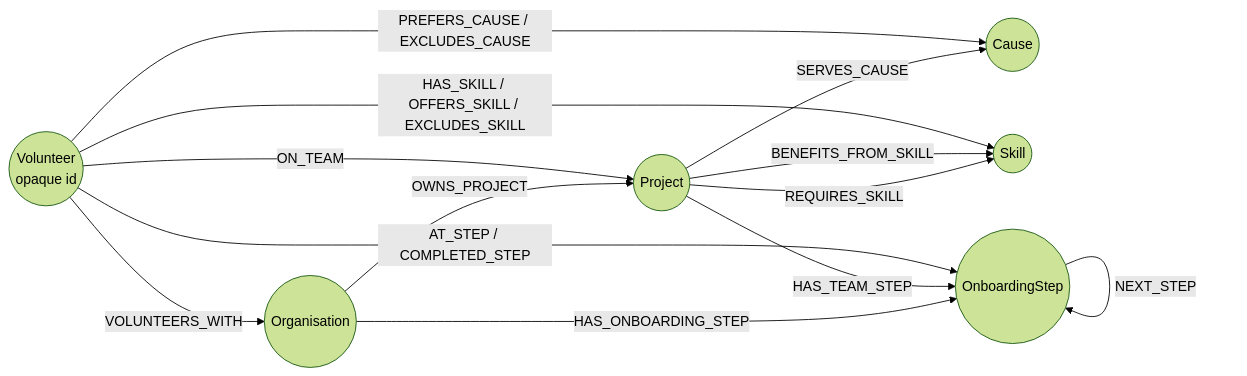
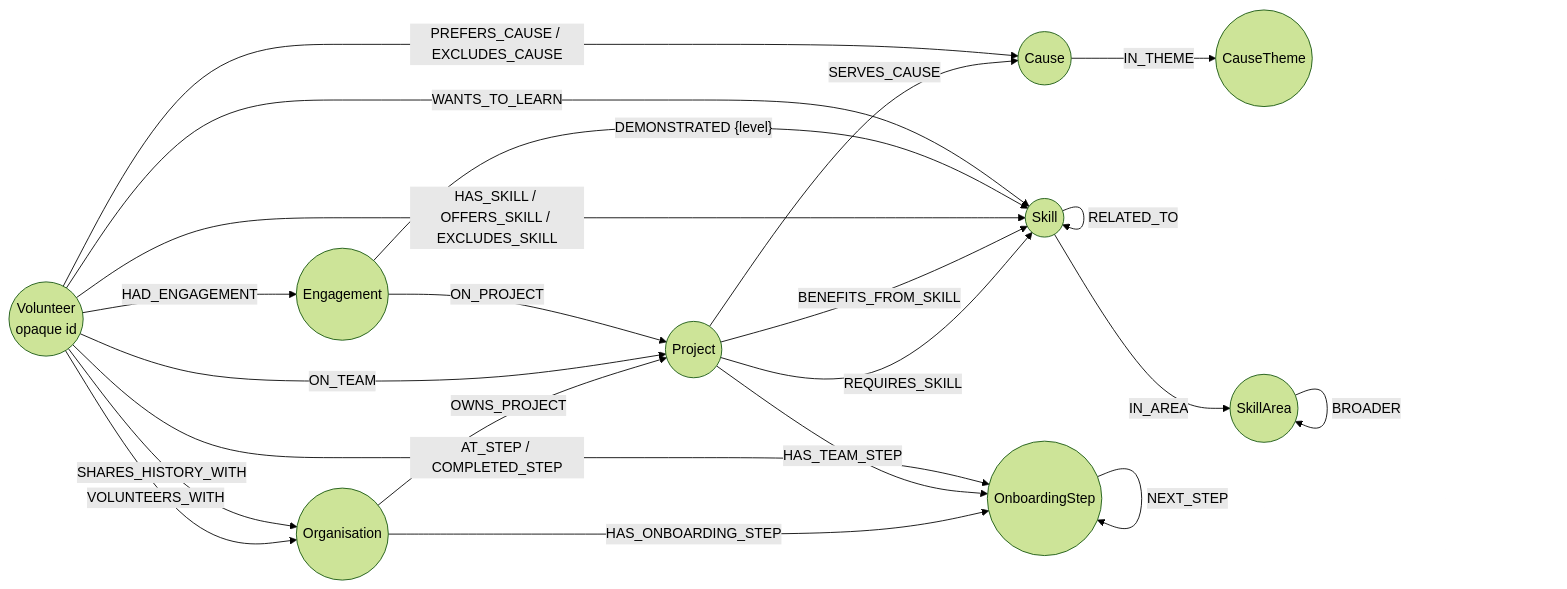
Before and after one commit to TheCyberScallywag/hackEntry: the second of 3 diagrams in docs/content/project/relate.md, drawn with Mermaid (forest theme). The commit also changed other lines of this file and 54 other files, not shown here.

First line of the commit message:
Feature/graph model (#34)

````diff
--- a/docs/content/project/relate.md
+++ b/docs/content/project/relate.md
@@ -92,15 +92,24 @@
 ```mermaid
 flowchart LR
   O((Organisation)) -- OWNS_PROJECT --> P((Project))
   P -- SERVES_CAUSE --> C((Cause))
+  C -- IN_THEME --> CT((CauseTheme))
+  S -- IN_AREA --> SA((SkillArea))
+  SA -- BROADER --> SA
+  S -- RELATED_TO --> S
   P -- REQUIRES_SKILL --> S((Skill))
   P -- BENEFITS_FROM_SKILL --> S
   V((Volunteer<br/>opaque id)) -- "VOLUNTEERS_WITH" --> O
   V -- "HAS_SKILL / OFFERS_SKILL / EXCLUDES_SKILL" --> S
   V -- "PREFERS_CAUSE / EXCLUDES_CAUSE" --> C
   V -- "ON_TEAM" --> P
+  V -- HAD_ENGAGEMENT --> E((Engagement))
+  E -- ON_PROJECT --> P
+  E -- "DEMONSTRATED {level}" --> S
+  V -- SHARES_HISTORY_WITH --> O
+  V -- WANTS_TO_LEARN --> S
   O -- HAS_ONBOARDING_STEP --> T((OnboardingStep))
   P -- HAS_TEAM_STEP --> T
   T -- NEXT_STEP --> T
   V -- "AT_STEP / COMPLETED_STEP" --> T
 ```
````
